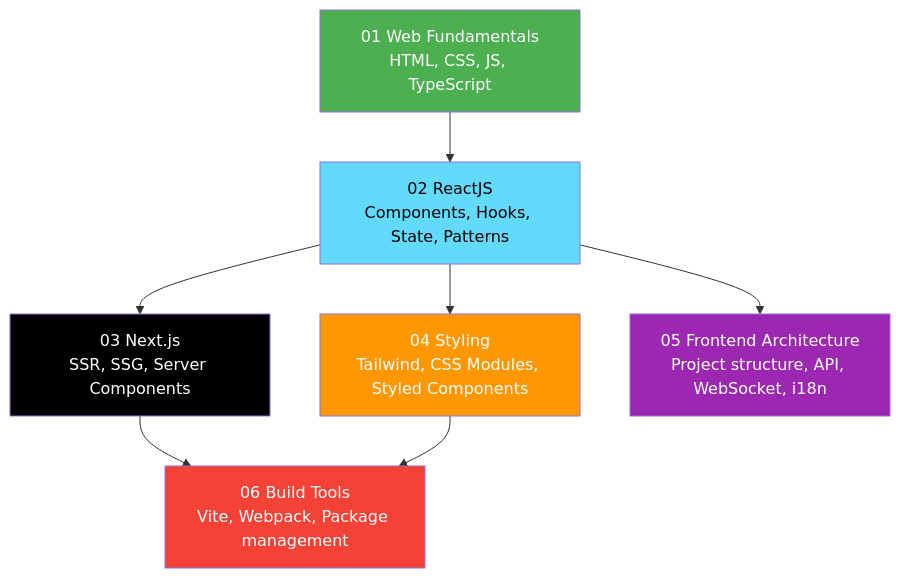
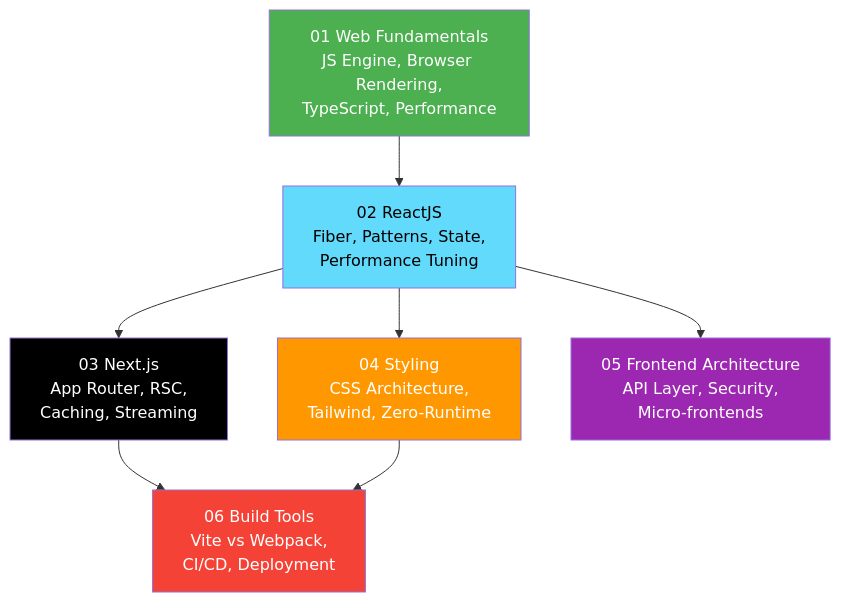
Before and after one commit to hotung9108/engineering-knowledge: the diagram in 04-frontend-engineering/README.md, drawn with Mermaid. The commit also changed other lines of this file and 27 other files, not shown here.

````diff
--- a/04-frontend-engineering/README.md
+++ b/04-frontend-engineering/README.md
@@ -9,16 +9,16 @@
 ```mermaid
 graph TD
-    WEB["01 Web Fundamentals<br/>HTML, CSS, JS, TypeScript"] --> REACT["02 ReactJS<br/>Components, Hooks, State, Patterns"]
-    REACT --> NEXT["03 Next.js<br/>SSR, SSG, Server Components"]
-    REACT --> STYLE["04 Styling<br/>Tailwind, CSS Modules, Styled Components"]
-    REACT --> ARCH["05 Frontend Architecture<br/>Project structure, API, WebSocket, i18n"]
-    NEXT --> BUILD["06 Build Tools<br/>Vite, Webpack, Package management"]
+    WEB["01 Web Fundamentals<br/>JS Engine, Browser Rendering,<br/>TypeScript, Performance"] --> REACT["02 ReactJS<br/>Fiber, Patterns, State,<br/>Performance Tuning"]
+    REACT --> NEXT["03 Next.js<br/>App Router, RSC,<br/>Caching, Streaming"]
+    REACT --> STYLE["04 Styling<br/>CSS Architecture,<br/>Tailwind, Zero-Runtime"]
+    REACT --> ARCH["05 Frontend Architecture<br/>API Layer, Security,<br/>Micro-frontends"]
+    NEXT --> BUILD["06 Build Tools<br/>Vite vs Webpack,<br/>CI/CD, Deployment"]
     STYLE --> BUILD
 
     style WEB fill:#4CAF50,color:#fff
     style REACT fill:#61DAFB,color:#000
     style NEXT fill:#000,color:#fff
     style STYLE fill:#FF9800,color:#fff
     style ARCH fill:#9C27B0,color:#fff
     style BUILD fill:#F44336,color:#fff
 ```
````
